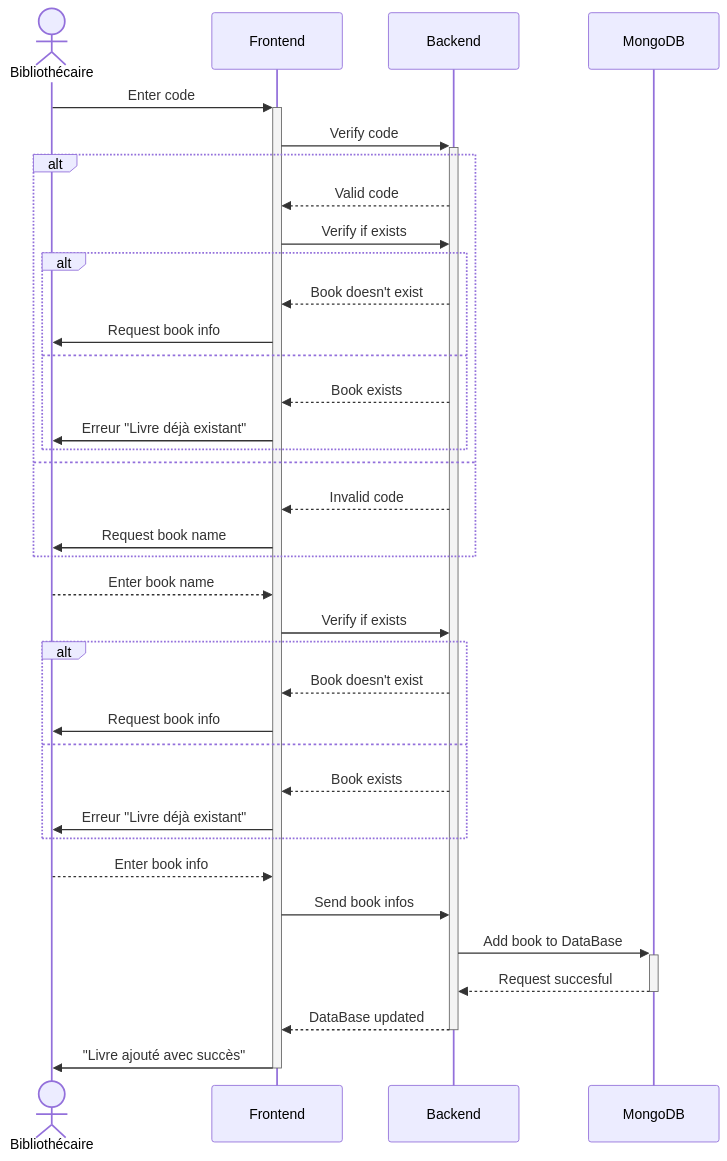
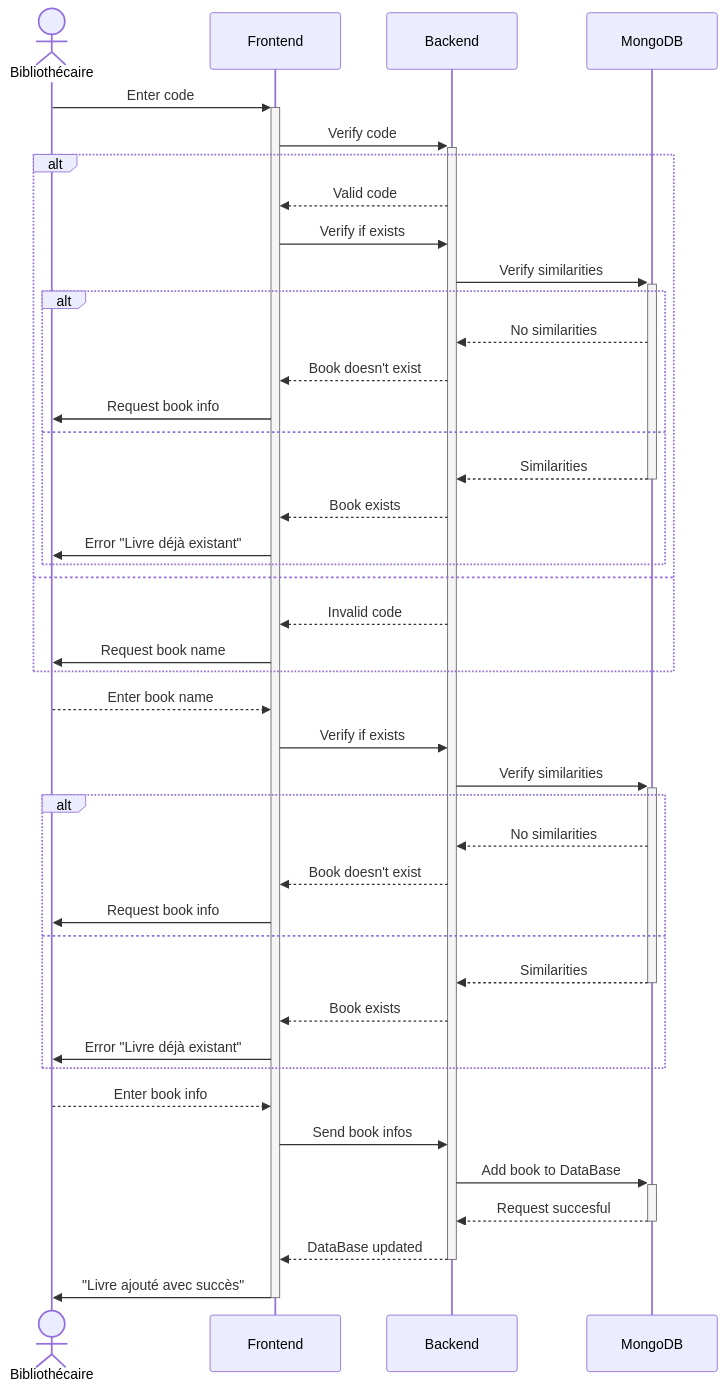
One commit to sejbouchereau/TP2 changed the diagram in sequenceD2.md. Above: the diagram before and after it, drawn with Mermaid. The commit also changed 1 other file, not shown here.

Commit message:
Diagrammes séquences V2

````diff
--- a/sequenceD2.md
+++ b/sequenceD2.md
@@ -3,42 +3,48 @@
 ```mermaid
 sequenceDiagram
 actor Bibliothécaire
     Bibliothécaire->>+Frontend: Enter code
     Frontend->>+Backend: Verify code
 
     alt
         Backend-->>Frontend: Valid code
         Frontend->>Backend: Verify if exists
+        Backend->>+MongoDB: Verify similarities
 
         alt
+        MongoDB-->>Backend: No similarities
         Backend-->>Frontend: Book doesn't exist
         Frontend->>Bibliothécaire: Request book info
 
         else
+        MongoDB-->>-Backend: Similarities
         Backend-->>Frontend: Book exists
-        Frontend->>Bibliothécaire: Erreur "Livre déjà existant"
+        Frontend->>Bibliothécaire: Error "Livre déjà existant"
         end
     else
         Backend-->>Frontend: Invalid code
         Frontend->>Bibliothécaire: Request book name
     end
 
     Bibliothécaire-->>Frontend: Enter book name
     Frontend->>Backend: Verify if exists
+    Backend->>+MongoDB: Verify similarities
 
-    alt
+        alt
+        MongoDB-->>Backend: No similarities
         Backend-->>Frontend: Book doesn't exist
         Frontend->>Bibliothécaire: Request book info
 
         else
+        MongoDB-->>-Backend: Similarities
         Backend-->>Frontend: Book exists
-        Frontend->>Bibliothécaire: Erreur "Livre déjà existant"
+        Frontend->>Bibliothécaire: Error "Livre déjà existant"
         end
 
     Bibliothécaire-->>Frontend: Enter book info
     Frontend->>Backend: Send book infos
     Backend->>+MongoDB: Add book to DataBase
     MongoDB-->>-Backend: Request succesful
     Backend-->>-Frontend: DataBase updated
     Frontend->>-Bibliothécaire: "Livre ajouté avec succès"
 ```
````
